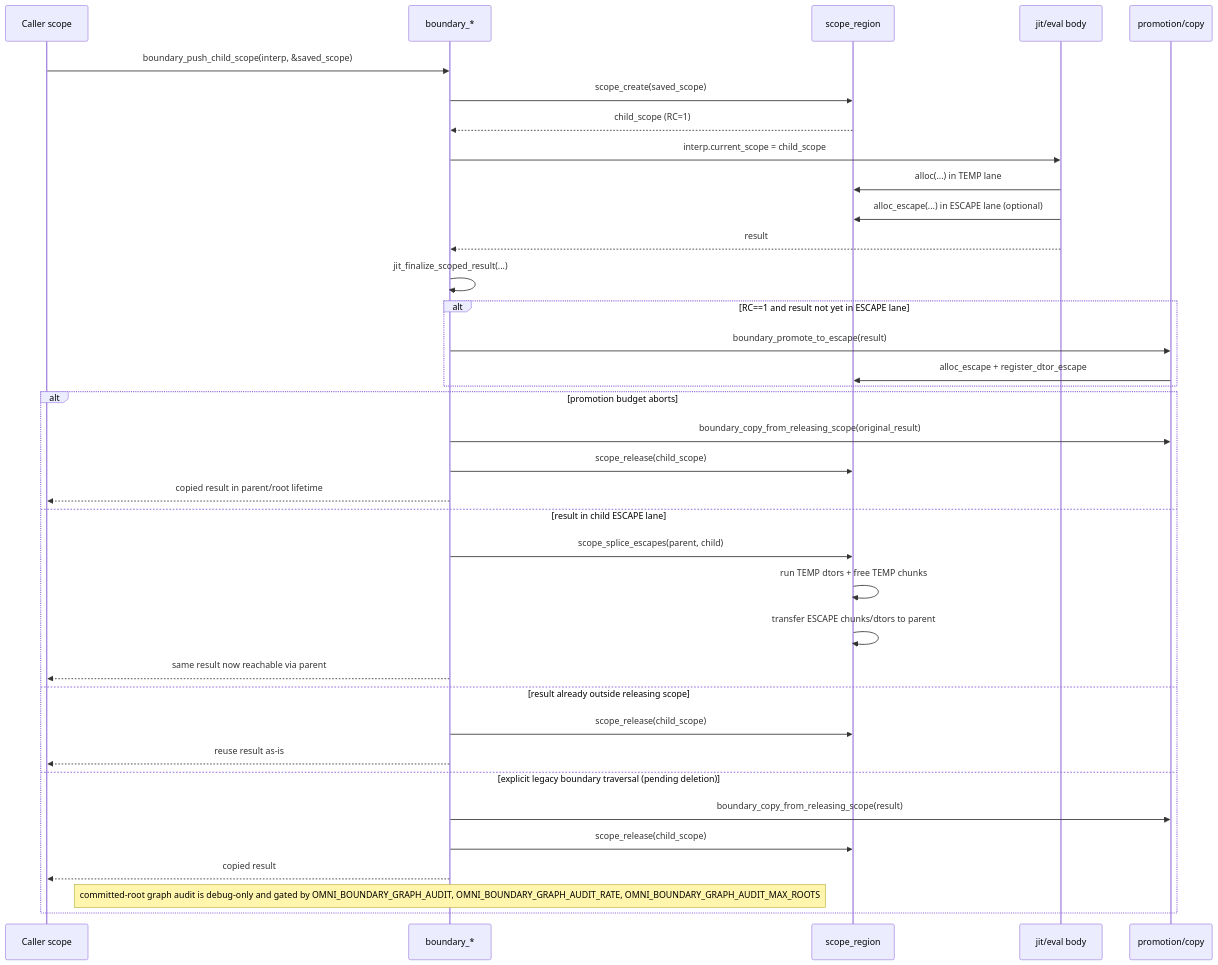
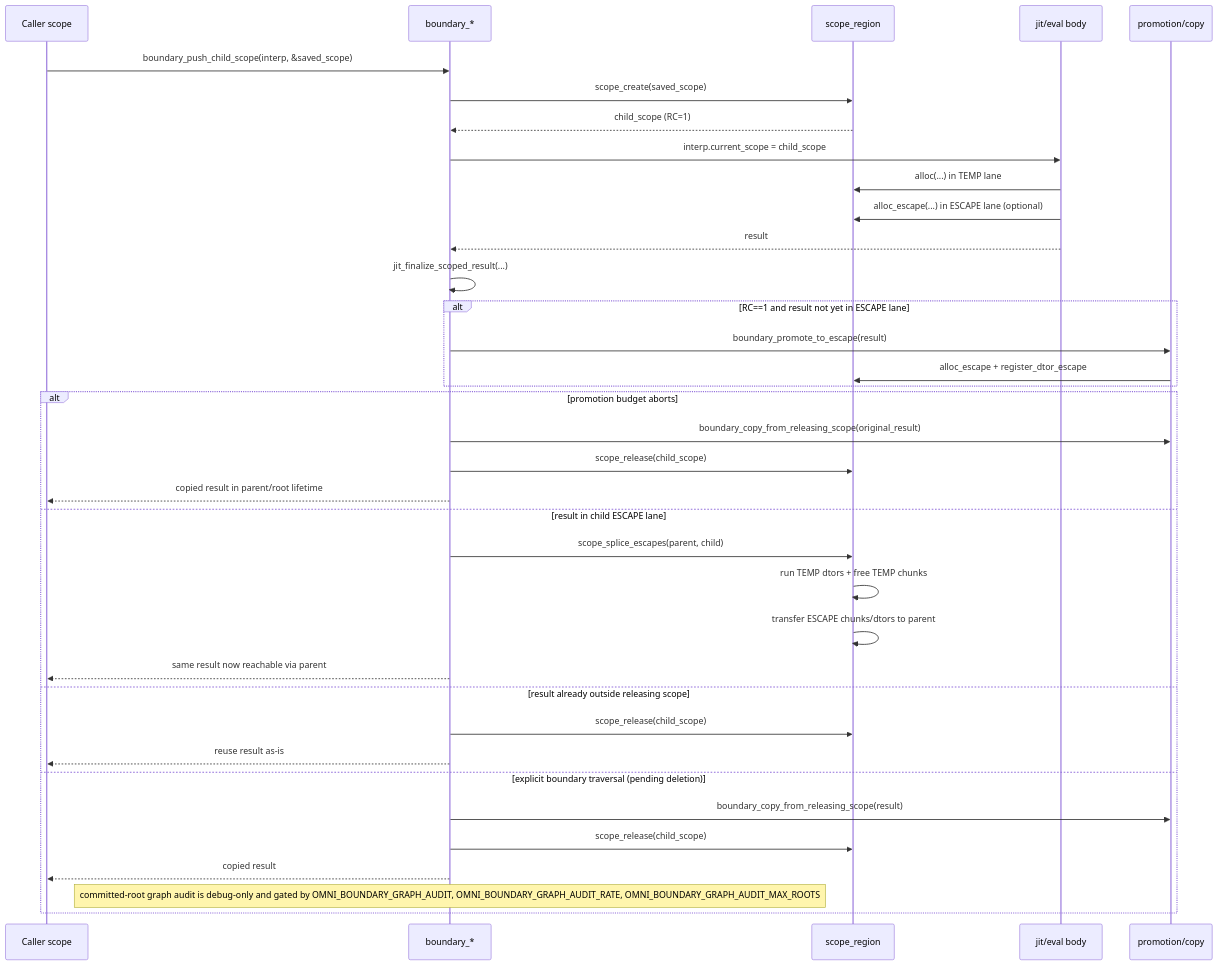
One commit to gavlooth/omnilisp changed the second of 4 diagrams in docs/areas/memory-runtime-cycle.md. Above: the diagram before and after it, drawn with Mermaid. The commit also changed 630 other files, not shown here.

````diff
--- a/docs/areas/memory-runtime-cycle.md
+++ b/docs/areas/memory-runtime-cycle.md
@@ -80,42 +80,42 @@
 ```mermaid
 sequenceDiagram
     participant Caller as Caller scope
     participant Boundary as boundary_*
     participant Scope as scope_region
     participant Eval as jit/eval body
     participant Promote as promotion/copy
 
     Caller->>Boundary: boundary_push_child_scope(interp, &saved_scope)
     Boundary->>Scope: scope_create(saved_scope)
     Scope-->>Boundary: child_scope (RC=1)
     Boundary->>Eval: interp.current_scope = child_scope
 
     Eval->>Scope: alloc(...) in TEMP lane
     Eval->>Scope: alloc_escape(...) in ESCAPE lane (optional)
     Eval-->>Boundary: result
     Boundary->>Boundary: jit_finalize_scoped_result(...)
 
     alt RC==1 and result not yet in ESCAPE lane
         Boundary->>Promote: boundary_promote_to_escape(result)
         Promote->>Scope: alloc_escape + register_dtor_escape
     end
 
     alt promotion budget aborts
         Boundary->>Promote: boundary_copy_from_releasing_scope(original_result)
         Boundary->>Scope: scope_release(child_scope)
         Boundary-->>Caller: copied result in parent/root lifetime
     else result in child ESCAPE lane
         Boundary->>Scope: scope_splice_escapes(parent, child)
         Scope->>Scope: run TEMP dtors + free TEMP chunks
         Scope->>Scope: transfer ESCAPE chunks/dtors to parent
         Boundary-->>Caller: same result now reachable via parent
     else result already outside releasing scope
         Boundary->>Scope: scope_release(child_scope)
         Boundary-->>Caller: reuse result as-is
-    else explicit legacy boundary traversal (pending deletion)
+    else explicit boundary traversal (pending deletion)
         Boundary->>Promote: boundary_copy_from_releasing_scope(result)
         Boundary->>Scope: scope_release(child_scope)
         Boundary-->>Caller: copied result
     note over Boundary: committed-root graph audit is debug-only and gated by OMNI_BOUNDARY_GRAPH_AUDIT, OMNI_BOUNDARY_GRAPH_AUDIT_RATE, OMNI_BOUNDARY_GRAPH_AUDIT_MAX_ROOTS
     end
 ```
````
